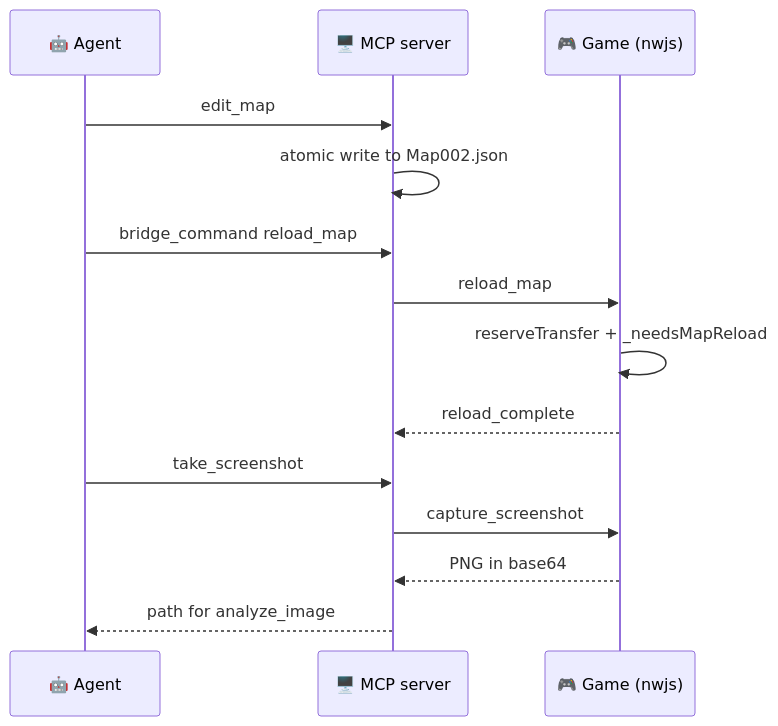
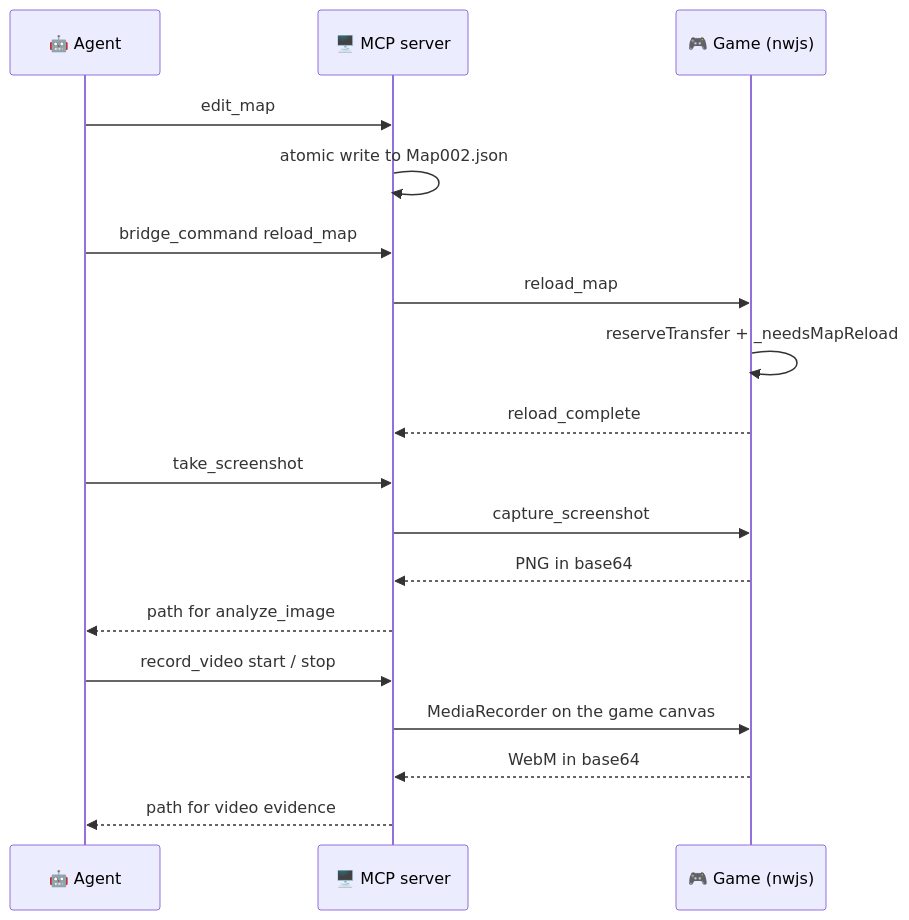
One commit to DiegoLopez0208/RpgMakerMVUltimate-MCP changed the second of 2 diagrams in README.md. Above: the diagram before and after it, drawn with Mermaid. The commit also changed other lines of this file and 14 other files, not shown here.

````diff
--- a/README.md
+++ b/README.md
@@ -152,16 +152,20 @@
 ```mermaid
 sequenceDiagram
     participant A as 🤖 Agent
     participant S as 🖥️ MCP server
     participant G as 🎮 Game (nwjs)
     A->>S: edit_map
     S->>S: atomic write to Map002.json
     A->>S: bridge_command reload_map
     S->>G: reload_map
     G->>G: reserveTransfer + _needsMapReload
     G-->>S: reload_complete
     A->>S: take_screenshot
     S->>G: capture_screenshot
     G-->>S: PNG in base64
     S-->>A: path for analyze_image
+    A->>S: record_video start / stop
+    S->>G: MediaRecorder on the game canvas
+    G-->>S: WebM in base64
+    S-->>A: path for video evidence
 ```
````
